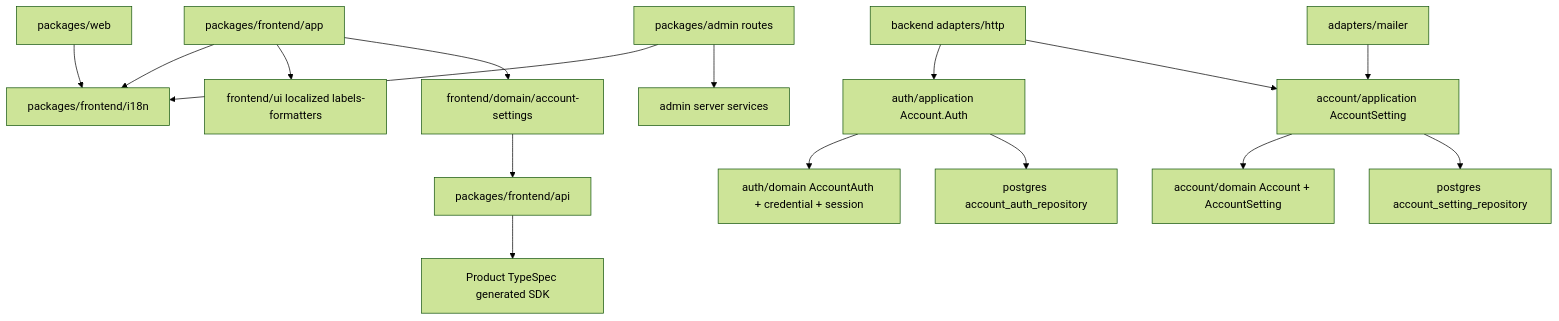
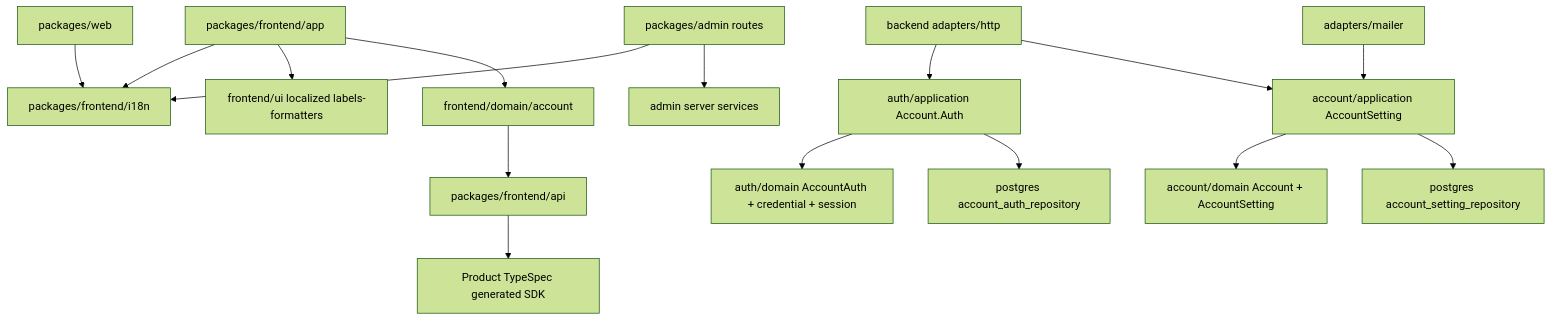
One commit to witwire-net/www-template changed the second of 6 diagrams in openspec/changes/add-default-i18n/design.md. Above: the diagram before and after it, drawn with Mermaid (forest theme). The commit also changed other lines of this file and 5 other files, not shown here.

````diff
--- a/openspec/changes/add-default-i18n/design.md
+++ b/openspec/changes/add-default-i18n/design.md
@@ -296,18 +308,18 @@
 ```mermaid
 flowchart TB
   Web[packages/web] --> FrontendI18n[packages/frontend/i18n]
   App[packages/frontend/app] --> FrontendI18n
   App --> UI[frontend/ui localized labels-formatters]
-  App --> Domain[frontend/domain/account-settings]
+  App --> Domain[frontend/domain/account]
   Domain --> Api[packages/frontend/api]
   Api --> TypeSpec[Product TypeSpec generated SDK]
   BackendHTTP[backend adapters/http] --> AuthApp[auth/application Account.Auth]
   BackendHTTP --> AccountApp[account/application AccountSetting]
   AccountApp --> AccountDomain[account/domain Account + AccountSetting]
   AuthApp --> AuthDomain[auth/domain AccountAuth + credential + session]
   AccountApp --> AccountSettingRepo[postgres account_setting_repository]
   AuthApp --> AccountAuthRepo[postgres account_auth_repository]
   Mailer[adapters/mailer] --> AccountApp
   AdminRoutes[packages/admin routes] --> FrontendI18n
   AdminRoutes --> AdminServices[admin server services]
 ```
````
